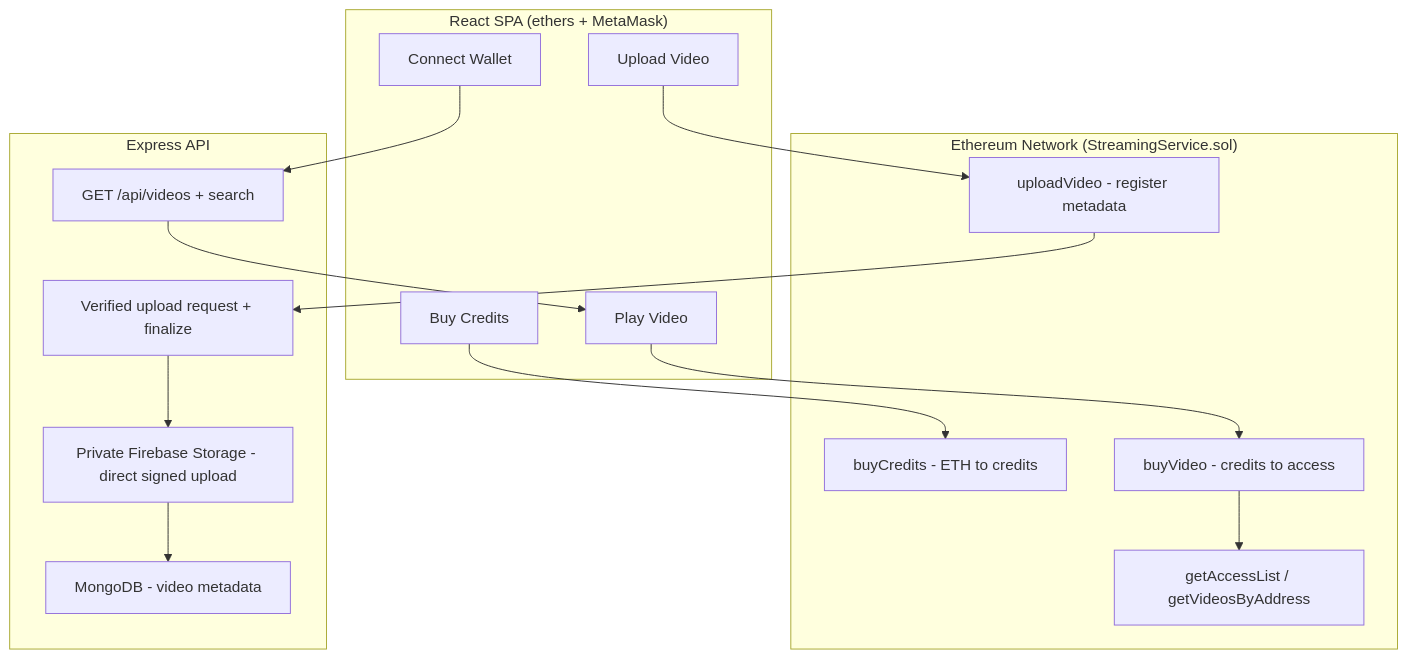
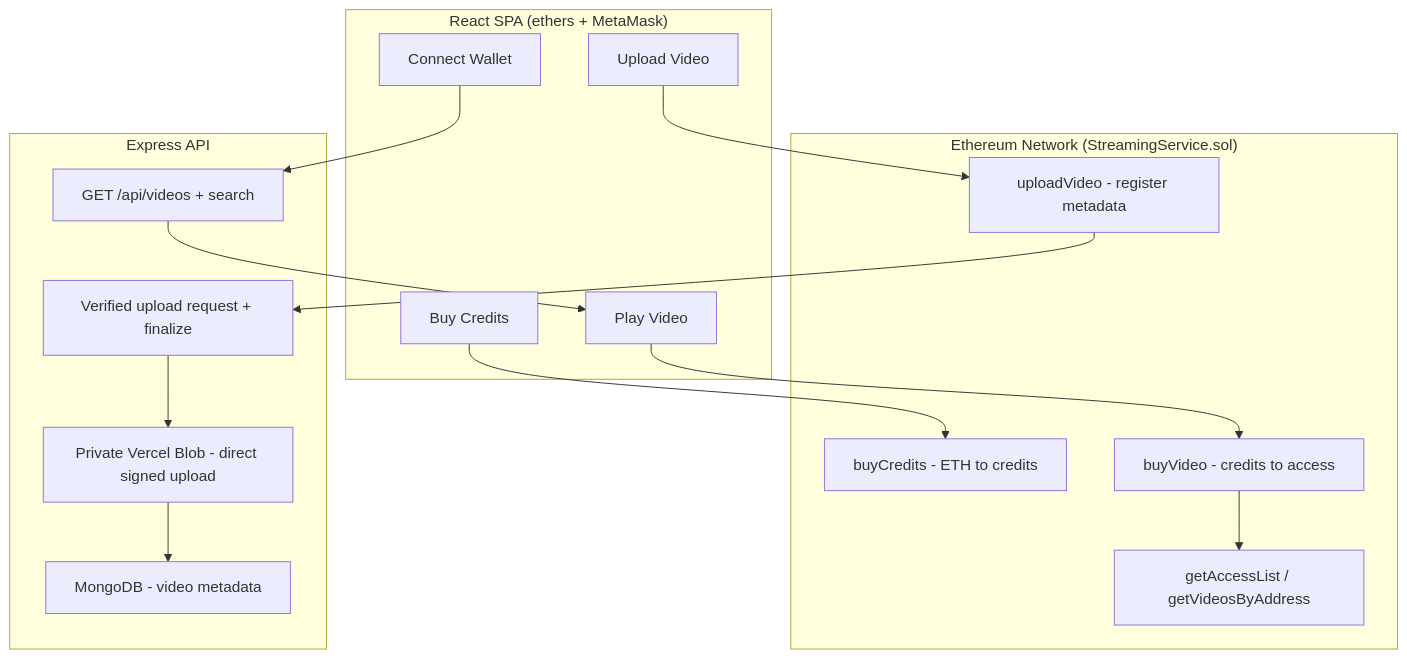
The diagram in README.md (TMystic/CryptoStream), drawn with Mermaid before and after one commit. The commit also changed other lines of this file and 9 other files, not shown here.

````diff
--- a/README.md
+++ b/README.md
@@ -41,28 +41,28 @@
 ```mermaid
 flowchart TD
     subgraph Client["React SPA (ethers + MetaMask)"]
         A[Connect Wallet]
         B[Upload Video]
         C[Buy Credits]
         D[Play Video]
     end
 
     subgraph Chain["Ethereum Network (StreamingService.sol)"]
         E[uploadVideo - register metadata]
         F[buyCredits - ETH to credits]
         G[buyVideo - credits to access]
         H[getAccessList / getVideosByAddress]
     end
 
     subgraph Server["Express API"]
         I[Verified upload request + finalize]
-        J[Private Firebase Storage - direct signed upload]
+        J[Private Vercel Blob - direct signed upload]
         K[MongoDB - video metadata]
         L[GET /api/videos + search]
     end
 
     B --> E --> I --> J --> K
     C --> F
     D --> G --> H
     A --> L --> D
 ```
````
